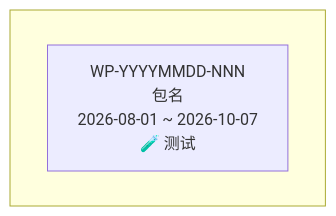
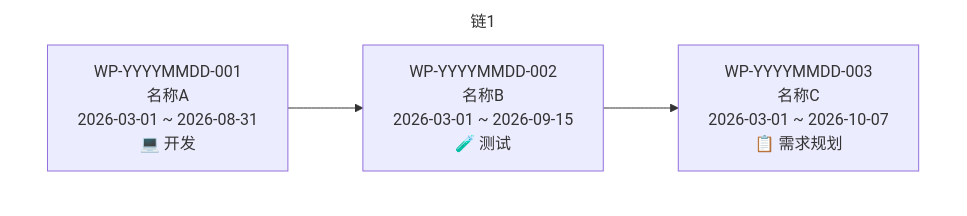
One commit to qiusuo0226/chrono-pm-skill changed the first of 5 diagrams in ChronoPM-Project/assets/templates/wp-chart-template.md. Above: the diagram before and after it, drawn with Mermaid. The commit also changed other lines of this file and 3 other files, not shown here.

Commit message:
3.19.0 节点2：工作包图按关联横竖排列（CR-006）

````diff
--- a/ChronoPM-Project/assets/templates/wp-chart-template.md
+++ b/ChronoPM-Project/assets/templates/wp-chart-template.md
@@ -15,7 +18,8 @@
 ```mermaid
 graph TD
-  subgraph row1 [" "]
+  subgraph chain1 ["链1"]
     direction LR
-    WPxxx["WP-YYYYMMDD-NNN<br/>包名<br/>2026-08-01 ~ 2026-10-07<br/>🧪 测试"]
+    WP_A["WP-YYYYMMDD-001<br/>名称A<br/>2026-03-01 ~ 2026-08-31<br/>💻 开发"] --> WP_B["WP-YYYYMMDD-002<br/>名称B<br/>2026-03-01 ~ 2026-09-15<br/>🧪 测试"] --> WP_C["WP-YYYYMMDD-003<br/>名称C<br/>2026-03-01 ~ 2026-10-07<br/>📋 需求规划"]
   end
+  style chain1 fill:none,stroke:none,stroke-width:0px
 ```
````
